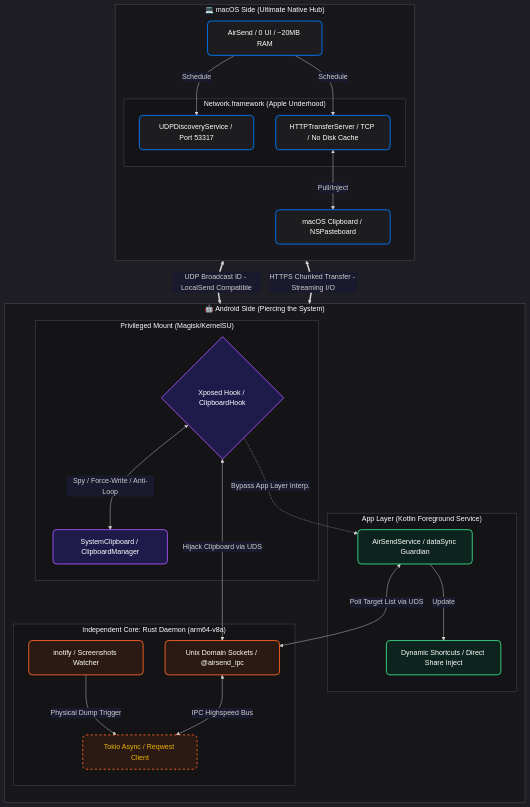
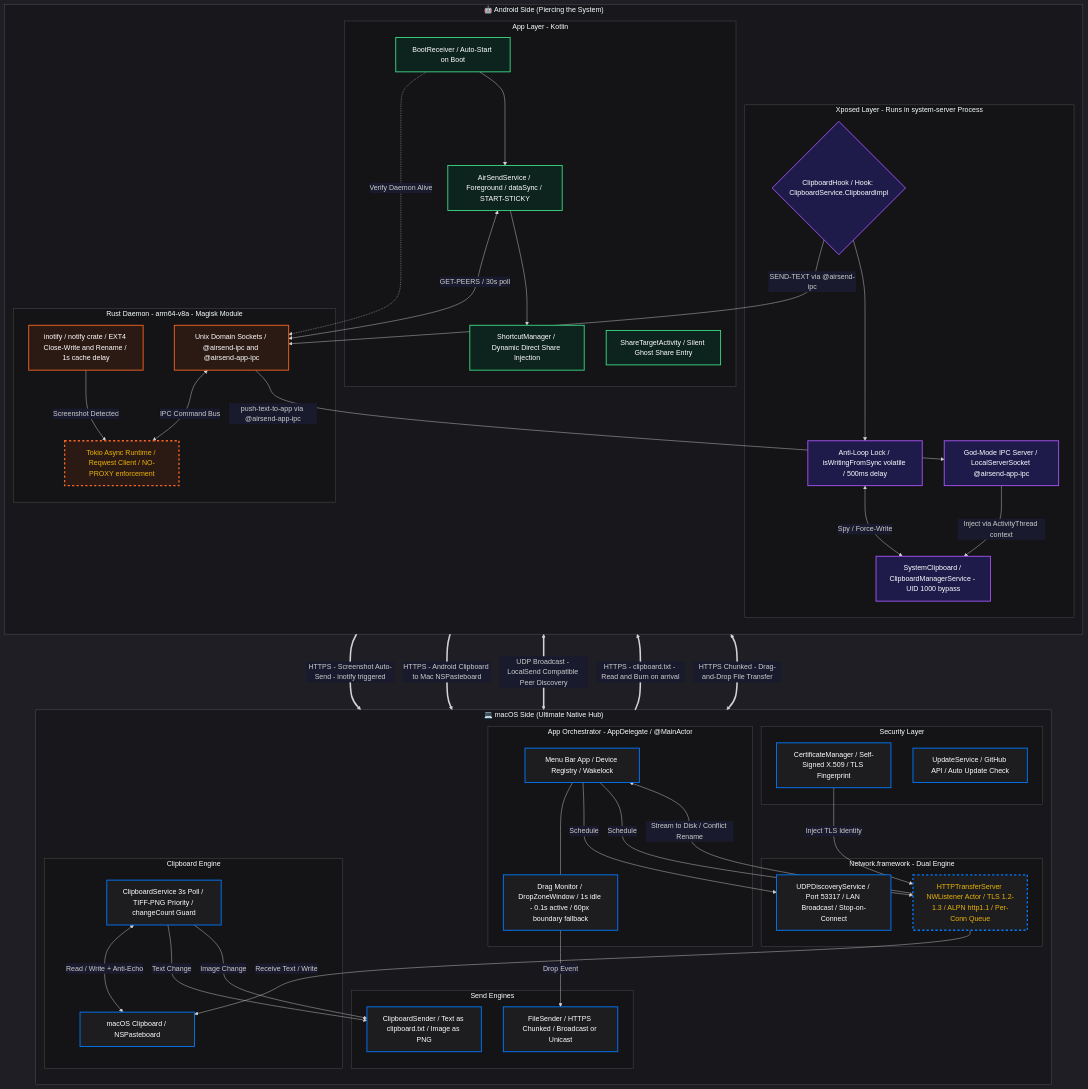
One commit to Avi7ii/AirSend changed the diagram in README_en.md. Above: the diagram before and after it, drawn with Mermaid. The commit also changed 1 other file, not shown here.

Commit message:
feat: enrich Mermaid arch diagram with full dual-end source code analysis

````diff
--- a/README_en.md
+++ b/README_en.md
@@ -59,75 +59,101 @@
 ```mermaid
 %%{init: {'theme': 'dark', 'themeVariables': {'background': 'transparent', 'clusterBkg': '#0d0d0d55', 'edgeLabelBackground': '#1a1a2e'}}}%%
 flowchart TB
-    %% ==========================================
-    %% Global Style Def (Geek Dark Theme)
-    %% ==========================================
-    classDef mac_node fill:#1d1d1f,stroke:#007aff,stroke-width:2px,color:#fff,rx:8px,ry:8px
-    classDef android_node fill:#0d231e,stroke:#3ddc84,stroke-width:2px,color:#fff,rx:8px,ry:8px
-    classDef daemon_node fill:#2b1a13,stroke:#f86523,stroke-width:2px,color:#fff,rx:8px,ry:8px
-    classDef magic_node fill:#1e1b4b,stroke:#a855f7,stroke-width:2px,color:#fff,rx:8px,ry:8px
-    classDef protocol_line color:#eab308,stroke-width:2px,stroke-dasharray: 5 5
+    classDef mac_node fill:#1d1d1f,stroke:#007aff,stroke-width:2px,color:#fff
+    classDef android_node fill:#0d231e,stroke:#3ddc84,stroke-width:2px,color:#fff
+    classDef daemon_node fill:#2b1a13,stroke:#f86523,stroke-width:2px,color:#fff
+    classDef magic_node fill:#1e1b4b,stroke:#a855f7,stroke-width:2px,color:#fff
+    classDef protocol_line color:#eab308,stroke-width:3px,stroke-dasharray: 5 5
 
     %% ==========================================
-    %% Part 1: macOS Receiver (The Elegant Core)
+    %% Part 1: macOS Side
     %% ==========================================
     subgraph macOS_Side ["💻 macOS Side (Ultimate Native Hub)"]
         direction TB
-        MainApp["AirSend / 0 UI / ~20MB RAM"]:::mac_node
-        
-        subgraph Mac_Network ["Network.framework (Apple Underhood)"]
-            UDP_Disc["UDPDiscoveryService / Port 53317"]:::mac_node
-            HTTP_Trans["HTTPTransferServer / TCP / No Disk Cache"]:::mac_node
+
+        subgraph Mac_App ["App Orchestrator - AppDelegate / @MainActor"]
+            AppCore["Menu Bar App / Device Registry / Wakelock"]:::mac_node
+            DragDetect["Drag Monitor / DropZoneWindow / 1s idle - 0.1s active / 60px boundary fallback"]:::mac_node
+            AppCore --- DragDetect
         end
-        
-        Mac_Clipboard["macOS Clipboard / NSPasteboard"]:::mac_node
 
-        MainApp -->|Schedule| UDP_Disc
-        MainApp -->|Schedule| HTTP_Trans
-        HTTP_Trans <-->|Pull/Inject| Mac_Clipboard
+        subgraph Mac_Security ["Security Layer"]
+            CertMgr["CertificateManager / Self-Signed X.509 / TLS Fingerprint"]:::mac_node
+            UpdateSvc["UpdateService / GitHub API / Auto Update Check"]:::mac_node
+        end
+
+        subgraph Mac_Network ["Network.framework - Dual Engine"]
+            UDP_Disc["UDPDiscoveryService / Port 53317 / LAN Broadcast / Stop-on-Connect"]:::mac_node
+            HTTP_Trans["HTTPTransferServer NWListener Actor / TLS 1.2-1.3 / ALPN http1.1 / Per-Conn Queue"]:::mac_node
+            CertMgr -->|"Inject TLS Identity"| HTTP_Trans
+        end
+
+        subgraph Mac_Send ["Send Engines"]
+            FileSender["FileSender / HTTPS Chunked / Broadcast or Unicast"]:::mac_node
+            ClipSender["ClipboardSender / Text as clipboard.txt / Image as PNG"]:::mac_node
+        end
+
+        subgraph Mac_Clipboard ["Clipboard Engine"]
+            ClipSvc["ClipboardService 3s Poll / TIFF-PNG Priority / changeCount Guard"]:::mac_node
+            Mac_Clip["macOS Clipboard / NSPasteboard"]:::mac_node
+            ClipSvc <-->|"Read / Write + Anti-Echo"| Mac_Clip
+        end
+
+        AppCore -->|"Schedule"| UDP_Disc
+        AppCore -->|"Schedule"| HTTP_Trans
+        DragDetect -->|"Drop Event"| FileSender
+        ClipSvc -->|"Text Change"| ClipSender
+        ClipSvc -->|"Image Change"| ClipSender
+        HTTP_Trans -->|"Receive Text / Write"| Mac_Clip
+        HTTP_Trans -->|"Stream to Disk / Conflict Rename"| AppCore
     end
 
     %% ==========================================
-    %% Part 2: Android Sender (The God-Mode Engine)
+    %% Part 2: Android Side
     %% ==========================================
     subgraph Android_Side ["🤖 Android Side (Piercing the System)"]
         direction TB
-        
-        %% 2.1 Kotlin App Layer
-        subgraph App_Layer ["App Layer (Kotlin Foreground Service)"]
-            ForegroundSvc["AirSendService / dataSync Guardian"]:::android_node
-            ShortcutManager["Dynamic Shortcuts / Direct Share Inject"]:::android_node
-            ForegroundSvc -->|Update| ShortcutManager
+
+        subgraph App_Layer ["App Layer - Kotlin"]
+            BootRcv["BootReceiver / Auto-Start on Boot"]:::android_node
+            ForegroundSvc["AirSendService / Foreground / dataSync / START-STICKY"]:::android_node
+            ShortcutMgr["ShortcutManager / Dynamic Direct Share Injection"]:::android_node
+            ShareTarget["ShareTargetActivity / Silent Ghost Share Entry"]:::android_node
+            BootRcv --> ForegroundSvc
+            ForegroundSvc --> ShortcutMgr
         end
 
-        %% 2.2 Xposed/LSPosed Layer
-        subgraph Magisk_Modules ["Privileged Mount (Magisk/KernelSU)"]
-            LSPosedHook{"Xposed Hook / ClipboardHook"}:::magic_node
-            SystemClip["SystemClipboard / ClipboardManager"]:::magic_node
-            LSPosedHook <-->|Spy / Force-Write / Anti-Loop| SystemClip
-            LSPosedHook -.->|Bypass App Layer Interp.| ForegroundSvc
+        subgraph Magisk_Modules ["Xposed Layer - Runs in system-server Process"]
+            LSPosedHook{"ClipboardHook / Hook: ClipboardService.ClipboardImpl"}:::magic_node
+            AntiLoop["Anti-Loop Lock / isWritingFromSync volatile / 500ms delay"]:::magic_node
+            GodMode["God-Mode IPC Server / LocalServerSocket @airsend-app-ipc"]:::magic_node
+            SystemClip["SystemClipboard / ClipboardManagerService - UID 1000 bypass"]:::magic_node
+            LSPosedHook --> AntiLoop
+            AntiLoop <-->|"Spy / Force-Write"| SystemClip
+            GodMode -->|"Inject via ActivityThread context"| SystemClip
         end
 
-        %% 2.3 Rust Daemon Layer
-        subgraph Rust_Daemon ["Independent Core: Rust Daemon (arm64-v8a)"]
-            inotify["inotify / Screenshots Watcher"]:::daemon_node
-            TokioCore["Tokio Async / Reqwest Client"]:::daemon_node
-            UDSServer["Unix Domain Sockets / @airsend_ipc"]:::daemon_node
-            
-            inotify -->|Physical Dump Trigger| TokioCore
-            UDSServer <-->|IPC Highspeed Bus| TokioCore
+        subgraph Rust_Daemon ["Rust Daemon - arm64-v8a - Magisk Module"]
+            inotify["inotify / notify crate / EXT4 Close-Write and Rename / 1s cache delay"]:::daemon_node
+            TokioCore["Tokio Async Runtime / Reqwest Client / NO-PROXY enforcement"]:::daemon_node
+            UDSServer["Unix Domain Sockets / @airsend-ipc and @airsend-app-ipc"]:::daemon_node
+            inotify -->|"Screenshot Detected"| TokioCore
+            UDSServer <-->|"IPC Command Bus"| TokioCore
         end
 
-        %% Android Internal IPC
-        %% Android Internal IPC
-        ForegroundSvc <-->|Poll Target List via UDS| UDSServer
-        LSPosedHook <-->|Hijack Clipboard via UDS| UDSServer
+        BootRcv -.->|"Verify Daemon Alive"| UDSServer
+        ForegroundSvc <-->|"GET-PEERS / 30s poll"| UDSServer
+        LSPosedHook -->|"SEND-TEXT via @airsend-ipc"| UDSServer
+        UDSServer -->|"push-text-to-app via @airsend-app-ipc"| GodMode
     end
 
     %% ==========================================
-    %% Part 3: LAN Cross-Border
+    %% Part 3: LAN Cross-Border Flows
     %% ==========================================
-    UDP_Disc <==>|UDP Broadcast ID - LocalSend Compatible| TokioCore:::protocol_line
-    HTTP_Trans <==>|HTTPS Chunked Transfer - Streaming I/O| TokioCore:::protocol_line
+    UDP_Disc <===>|"UDP Broadcast - LocalSend Compatible Peer Discovery"| TokioCore:::protocol_line
+    TokioCore ==>|"HTTPS - Screenshot Auto-Send - inotify triggered"| HTTP_Trans:::protocol_line
+    ClipSender ==>|"HTTPS - clipboard.txt - Read and Burn on arrival"| TokioCore:::protocol_line
+    TokioCore ==>|"HTTPS - Android Clipboard to Mac NSPasteboard"| HTTP_Trans:::protocol_line
+    FileSender <==>|"HTTPS Chunked - Drag-and-Drop File Transfer"| TokioCore:::protocol_line
 
 ```
````
